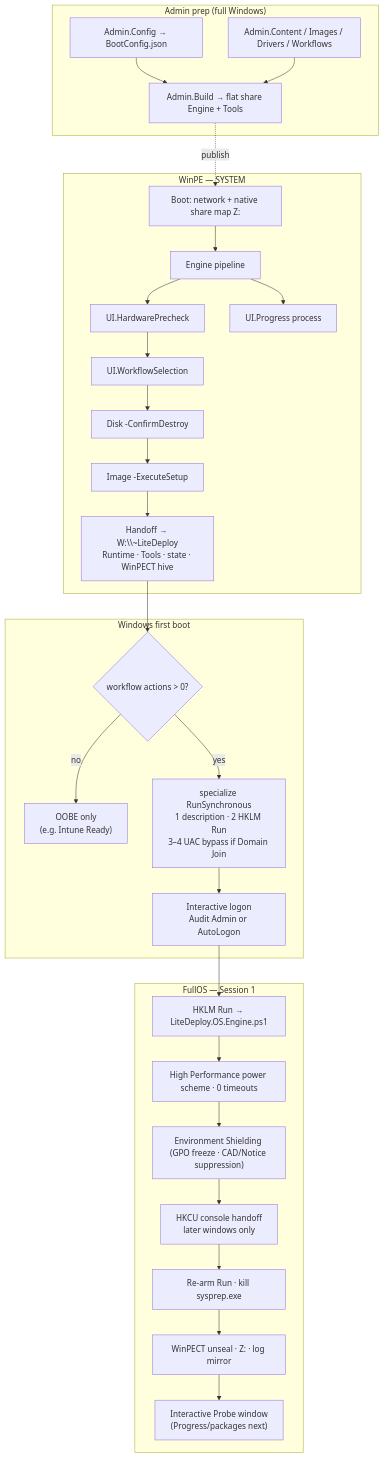
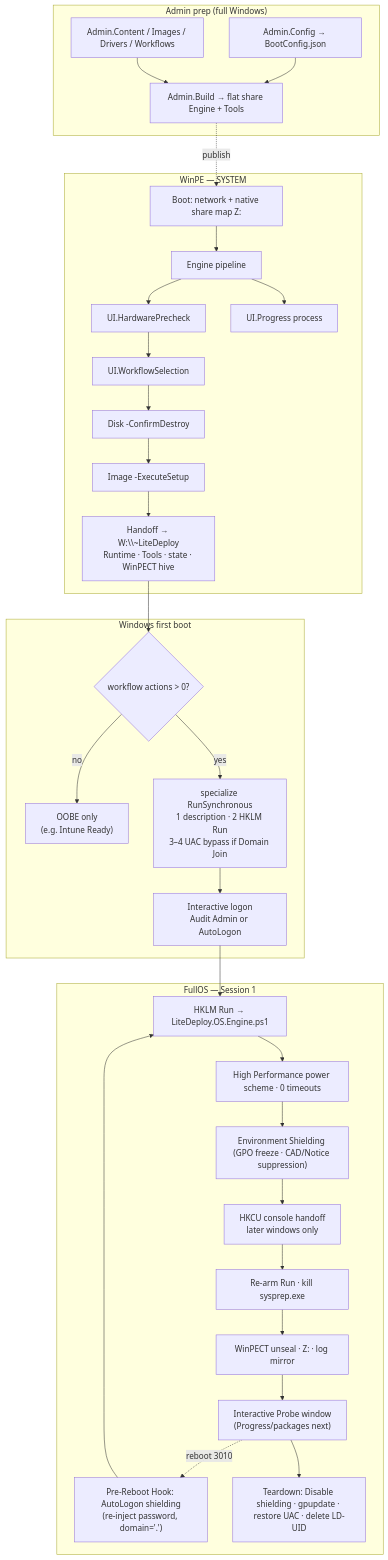
One commit to cmartineztech/LiteDeploy.Core changed the diagram in README.md. Above: the diagram before and after it, drawn with Mermaid. The commit also changed 6 other files, not shown here.

Commit message:
docs(diagrams): synchronize all lifecycle and statechart diagrams with v2 shielding and reboot hook

````diff
--- a/README.md
+++ b/README.md
@@ -43,49 +43,53 @@
 ```mermaid
 flowchart TB
   subgraph AdminPrep["Admin prep (full Windows)"]
     Config["Admin.Config → BootConfig.json"]
     Content["Admin.Content / Images / Drivers / Workflows"]
     Build["Admin.Build → flat share Engine + Tools"]
     Config --> Build
     Content --> Build
   end
 
   subgraph WinPE["WinPE — SYSTEM"]
     Boot["Boot: network + native share map Z:"]
     Engine["Engine pipeline"]
     Pre["UI.HardwarePrecheck"]
     Sel["UI.WorkflowSelection"]
     Prog["UI.Progress process"]
     Disk["Disk -ConfirmDestroy"]
     Image["Image -ExecuteSetup"]
     Hand["Handoff → W:\\~LiteDeploy<br/>Runtime · Tools · state · WinPECT hive"]
     Boot --> Engine
     Engine --> Pre --> Sel
     Engine --> Prog
     Sel --> Disk --> Image --> Hand
   end
 
   subgraph FirstBoot["Windows first boot"]
     Gate{"workflow actions > 0?"}
     OOBE["OOBE only<br/>(e.g. Intune Ready)"]
     Spec["specialize RunSynchronous<br/>1 description · 2 HKLM Run<br/>3–4 UAC bypass if Domain Join"]
     Logon["Interactive logon<br/>Audit Admin or AutoLogon"]
     Gate -->|no| OOBE
     Gate -->|yes| Spec --> Logon
   end
 
   subgraph FullOS["FullOS — Session 1"]
     Run["HKLM Run → LiteDeploy.OS.Engine.ps1"]
     Power["High Performance power scheme · 0 timeouts"]
     Shield["Environment Shielding (GPO freeze · CAD/Notice suppression)"]
     Console["HKCU console handoff<br/>later windows only"]
     ReArm["Re-arm Run · kill sysprep.exe"]
     Secrets["WinPECT unseal · Z: · log mirror"]
     Probe["Interactive Probe window<br/>(Progress/packages next)"]
+    RebootHook["Pre-Reboot Hook: AutoLogon shielding<br/>(re-inject password, domain='.')"]
+    Cleanup["Teardown: Disable shielding · gpupdate · restore UAC · delete LD-UID"]
     Run --> Power --> Shield --> Console --> ReArm --> Secrets --> Probe
+    Probe -.->|reboot 3010| RebootHook --> Run
+    Probe --> Cleanup
   end
 
   Build -.->|publish| Boot
   Hand --> Gate
   Logon --> Run
 ```
````
